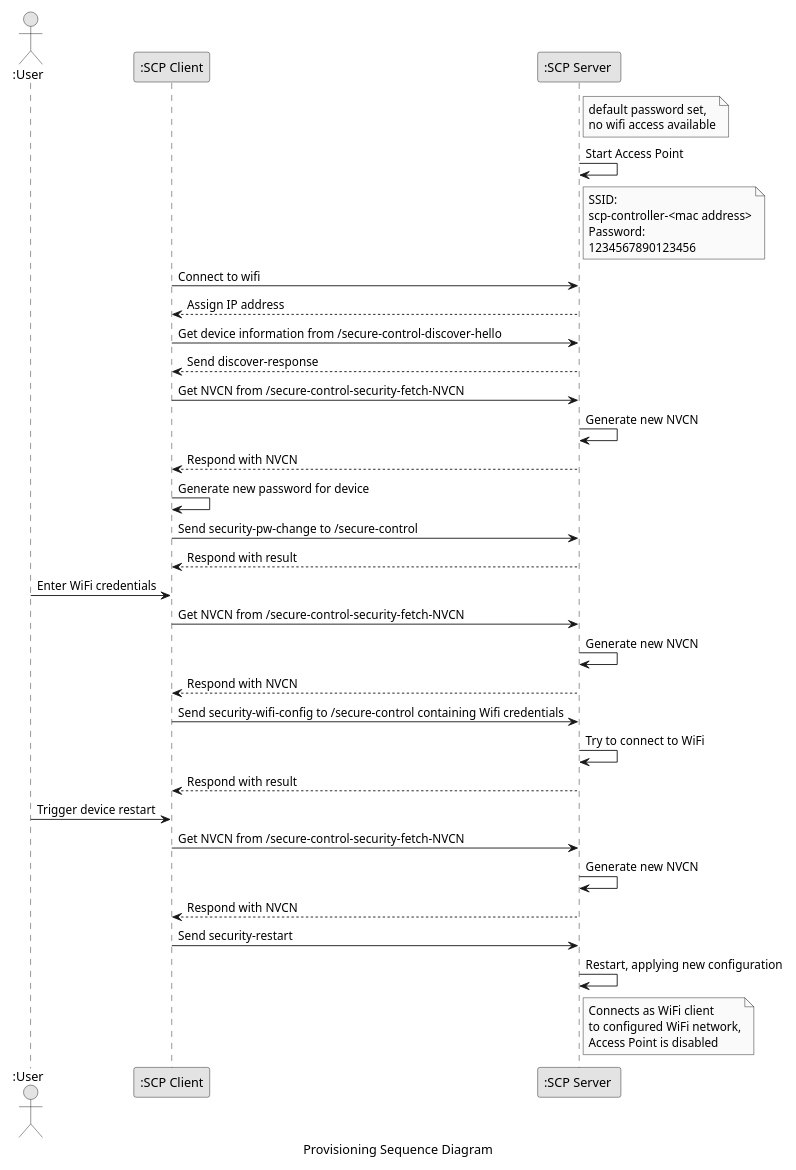
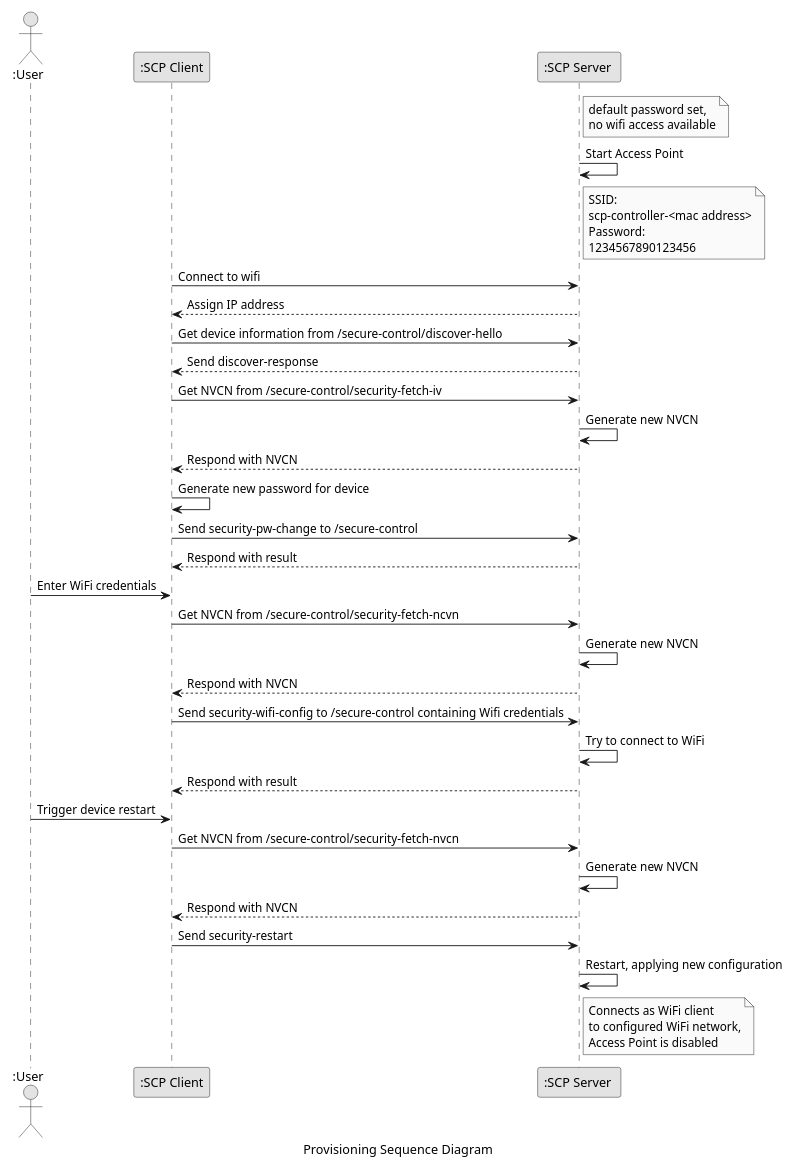
The second of 5 diagrams in README.md (houseos/SCP), drawn with PlantUML before and after one commit. The commit also changed other lines of this file and 7 other files, not shown here.

````diff
--- a/README.md
+++ b/README.md
@@ -134,77 +134,77 @@
 ```puml
 
 caption Provisioning Sequence Diagram
 
 skinparam monochrome true
 
 scale max 650 width
 
 Actor ":User" as user
 participant ":SCP Client" as client
 participant ":SCP Server " as server
 note right of server
     default password set,
     no wifi access available
 end note
 
 server -> server : Start Access Point
 note right of server
     SSID:
     scp-controller-<mac address>
     Password:
     1234567890123456    
 end note
 
 client -> server : Connect to wifi
 
 server --> client : Assign IP address
 
-client -> server : Get device information from /secure-control-discover-hello
+client -> server : Get device information from /secure-control/discover-hello
 
 server --> client : Send discover-response
 
-client -> server : Get NVCN from /secure-control-security-fetch-NVCN
+client -> server : Get NVCN from /secure-control/security-fetch-iv
 
 server -> server : Generate new NVCN
 
 server --> client : Respond with NVCN
 
 client -> client : Generate new password for device
 
 client -> server : Send security-pw-change to /secure-control
 
 server --> client : Respond with result
 
 user -> client : Enter WiFi credentials
 
-client -> server : Get NVCN from /secure-control-security-fetch-NVCN
+client -> server : Get NVCN from /secure-control/security-fetch-ncvn
 
 server -> server : Generate new NVCN
 
 server --> client : Respond with NVCN
 
 client -> server : Send security-wifi-config to /secure-control containing Wifi credentials
 
 server -> server : Try to connect to WiFi
 
 server --> client : Respond with result
 
 user -> client : Trigger device restart
 
-client -> server : Get NVCN from /secure-control-security-fetch-NVCN
+client -> server : Get NVCN from /secure-control/security-fetch-nvcn
 
 server -> server : Generate new NVCN
 
 server --> client : Respond with NVCN
 
 client -> server : Send security-restart
 
 server -> server : Restart, applying new configuration
 
 note right of server
     Connects as WiFi client 
     to configured WiFi network,
     Access Point is disabled
 end note
 
 ```
````
